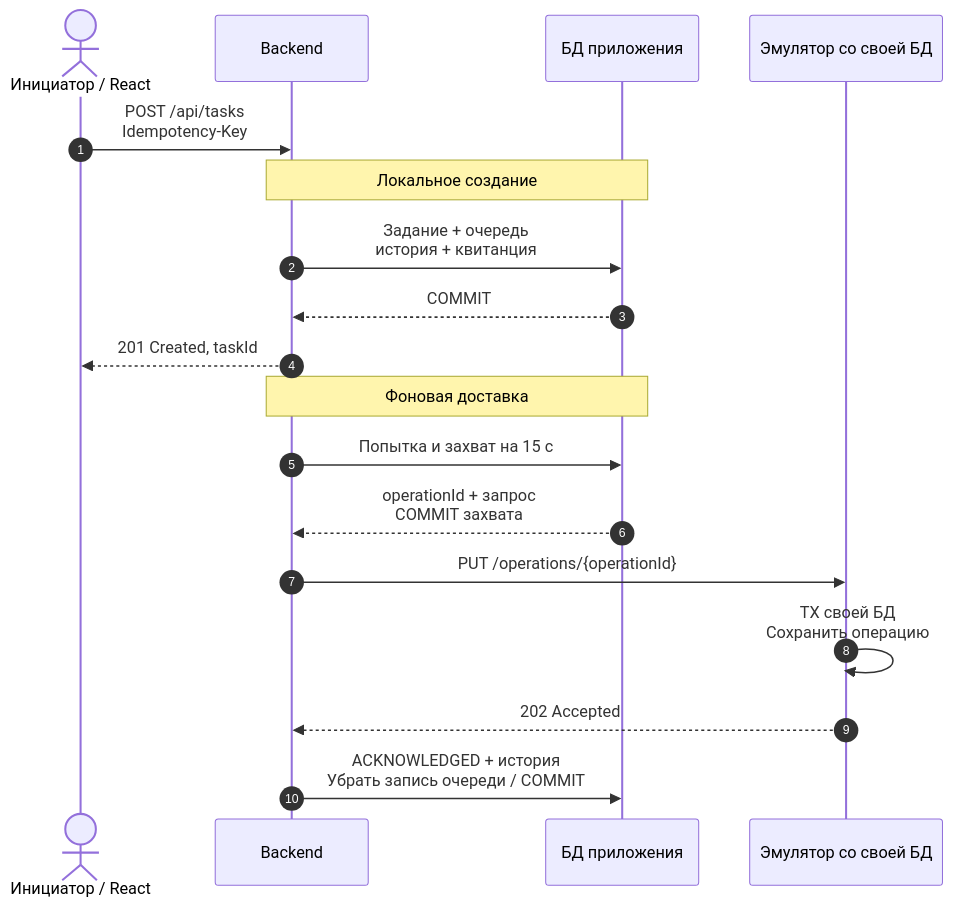
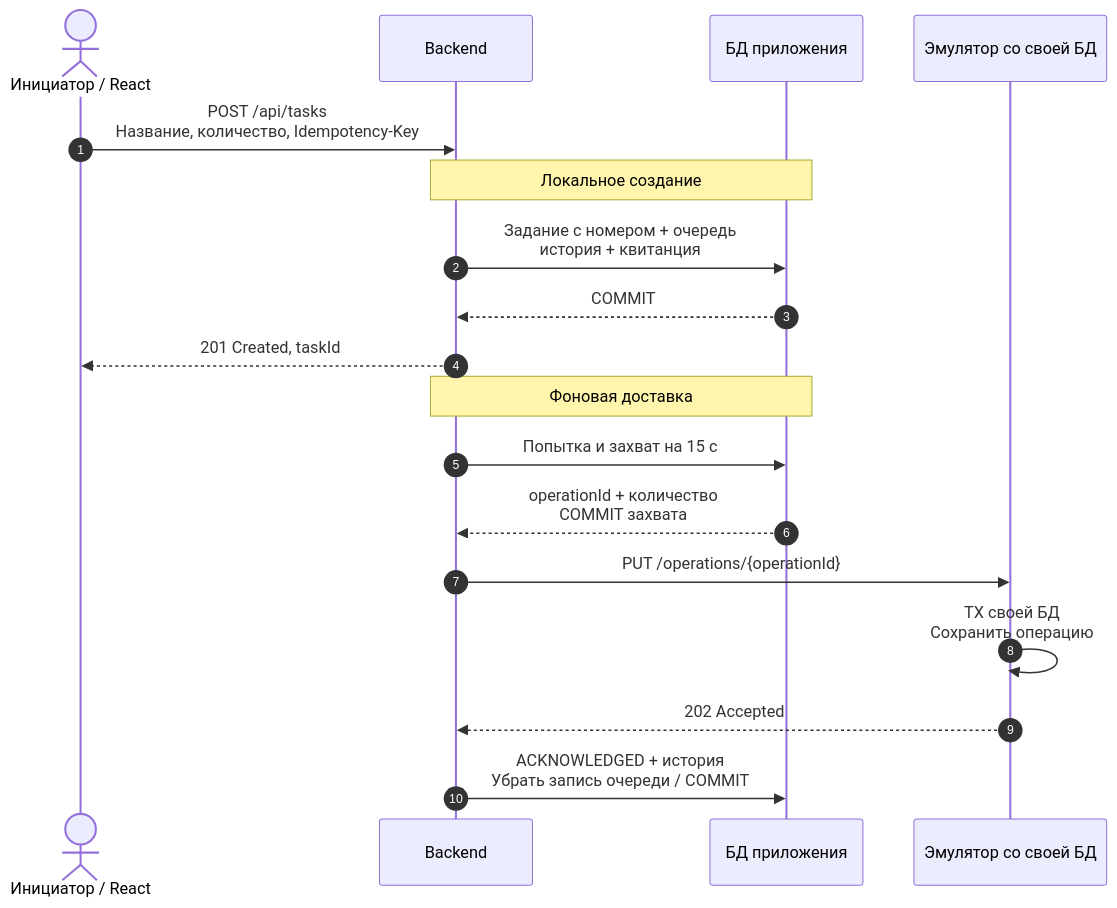
One commit to FerrPOINT/system-integration changed the second of 4 diagrams in docs/architecture.md. Above: the diagram before and after it, drawn with Mermaid. The commit also changed other lines of this file and 118 other files, not shown here.

````diff
--- a/docs/architecture.md
+++ b/docs/architecture.md
@@ -75,22 +74,22 @@
 ```mermaid
 sequenceDiagram
     autonumber
     actor UI as Инициатор / React
     participant B as Backend
     participant D as БД приложения
     participant E as Эмулятор со своей БД
 
-    UI->>B: POST /api/tasks<br/>Idempotency-Key
+    UI->>B: POST /api/tasks<br/>Название, количество, Idempotency-Key
     Note over B,D: Локальное создание
-    B->>D: Задание + очередь<br/>история + квитанция
+    B->>D: Задание с номером + очередь<br/>история + квитанция
     D-->>B: COMMIT
     B-->>UI: 201 Created, taskId
 
     Note over B,D: Фоновая доставка
     B->>D: Попытка и захват на 15 с
-    D-->>B: operationId + запрос<br/>COMMIT захвата
+    D-->>B: operationId + количество<br/>COMMIT захвата
     B->>E: PUT /operations/{operationId}
     E->>E: TX своей БД<br/>Сохранить операцию
     E-->>B: 202 Accepted
     B->>D: ACKNOWLEDGED + история<br/>Убрать запись очереди / COMMIT
 ```
````
